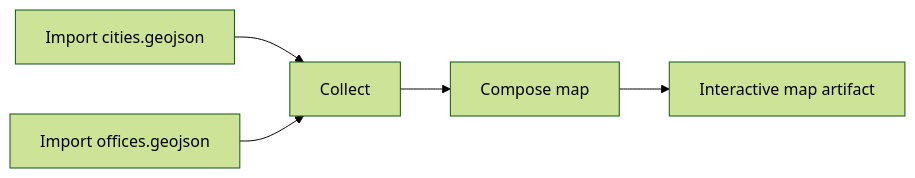
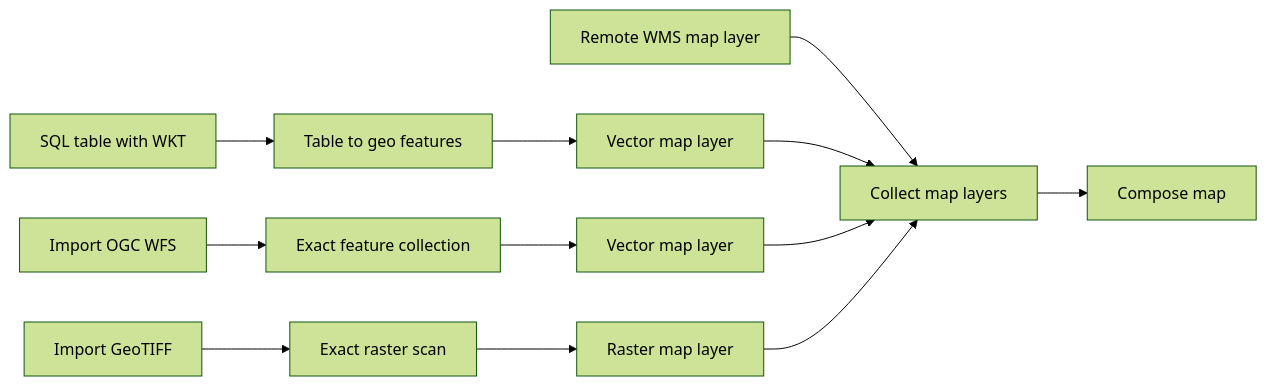
One commit to artpods56/KUL_IDUB_EcclesialSchematisms changed the third of 4 diagrams in README.md. Above: the diagram before and after it, drawn with Mermaid (forest theme). The commit also changed other lines of this file and 175 other files, not shown here.

````diff
--- a/README.md
+++ b/README.md
@@ -191,7 +311,14 @@
 ```mermaid
 flowchart LR
-  A["Import cities.geojson"] --> C["Collect"]
-  B["Import offices.geojson"] --> C
+  SQL["SQL table with WKT"] --> F["Table to geo features"]
+  WFS["Import OGC WFS"] --> F2["Exact feature collection"]
+  TIFF["Import GeoTIFF"] --> R["Exact raster scan"]
+  F --> VL["Vector map layer"]
+  F2 --> VL2["Vector map layer"]
+  R --> RL["Raster map layer"]
+  WMS["Remote WMS map layer"] --> C["Collect map layers"]
+  VL --> C
+  VL2 --> C
+  RL --> C
   C --> M["Compose map"]
-  M --> V["Interactive map artifact"]
 ```
````
